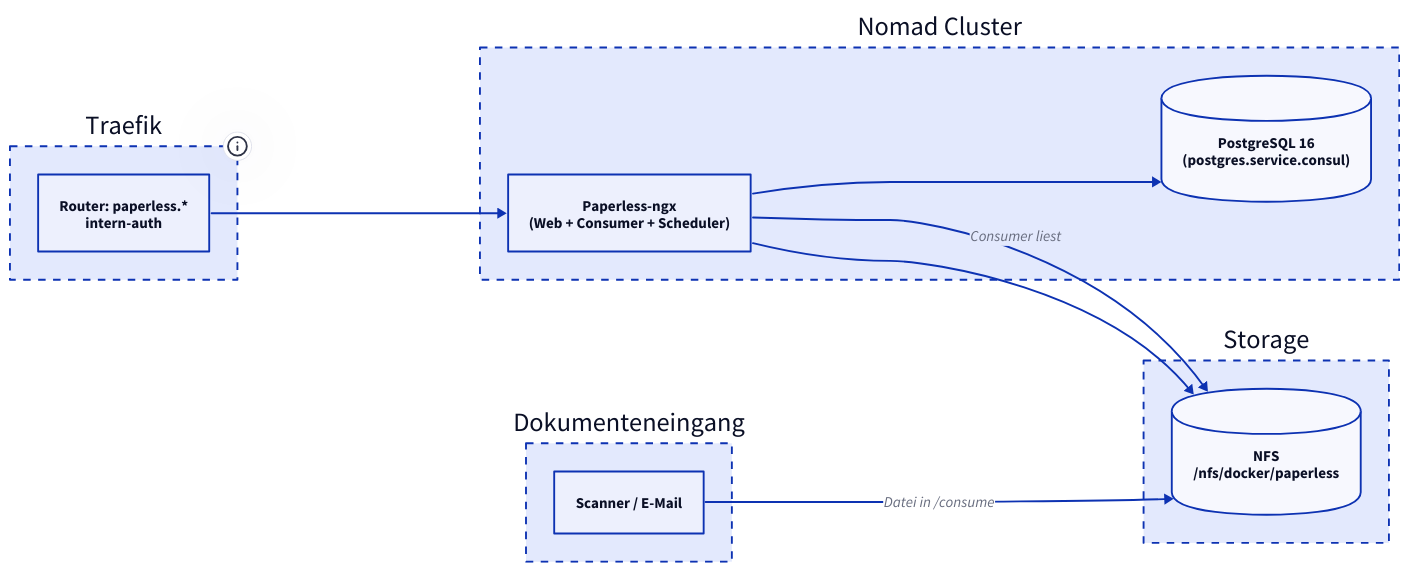
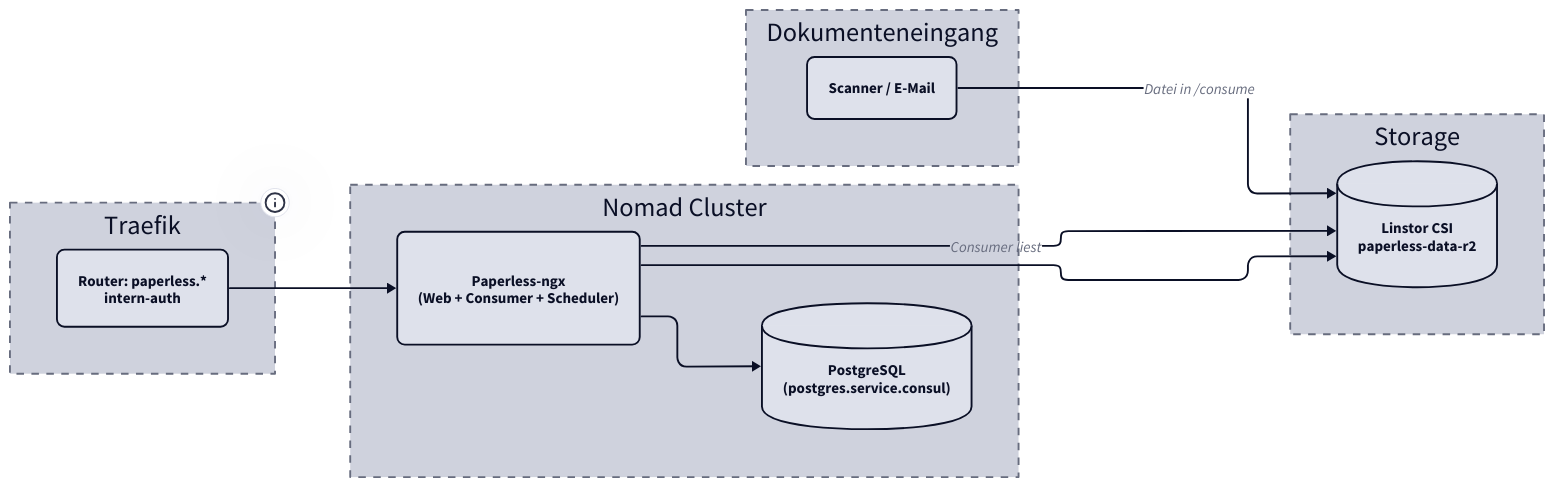
The diagram in docs/paperless/index.md (derever-labs/homelab-wiki), drawn with D2 before and after one commit. The commit also changed other lines of this file and 109 other files, not shown here.

````diff
--- a/docs/paperless/index.md
+++ b/docs/paperless/index.md
@@ -33,31 +33,38 @@
 ```d2
+vars: {
+  d2-config: {
+    theme-id: 1
+    layout-engine: elk
+  }
+}
+
 direction: right
 
 Input: Dokumenteneingang {
   style.stroke-dash: 4
-  SCAN: "Scanner / E-Mail"
+  SCAN: "Scanner / E-Mail" { style.border-radius: 8 }
 }
 
 Traefik: Traefik {
   style.stroke-dash: 4
   tooltip: 10.0.2.20
-  R1: "Router: paperless.*\nintern-auth"
+  R1: "Router: paperless.*\nintern-auth" { style.border-radius: 8 }
 }
 
 Nomad: Nomad Cluster {
   style.stroke-dash: 4
-  PL: "Paperless-ngx\n(Web + Consumer + Scheduler)"
-  PG: "PostgreSQL 16\n(postgres.service.consul)" { shape: cylinder }
+  PL: "Paperless-ngx\n(Web + Consumer + Scheduler)" { style.border-radius: 8 }
+  PG: "PostgreSQL\n(postgres.service.consul)" { shape: cylinder }
 }
 
 Storage: {
   style.stroke-dash: 4
-  NFS: "NFS\n/nfs/docker/paperless" { shape: cylinder }
+  CSI: "Linstor CSI\npaperless-data-r2" { shape: cylinder }
 }
 
-Input.SCAN -> Storage.NFS: Datei in /consume
+Input.SCAN -> Storage.CSI: Datei in /consume
 Traefik.R1 -> Nomad.PL
-Nomad.PL -> Storage.NFS: Consumer liest
+Nomad.PL -> Storage.CSI: Consumer liest
 Nomad.PL -> Nomad.PG
-Nomad.PL -> Storage.NFS
+Nomad.PL -> Storage.CSI
 ```
````
